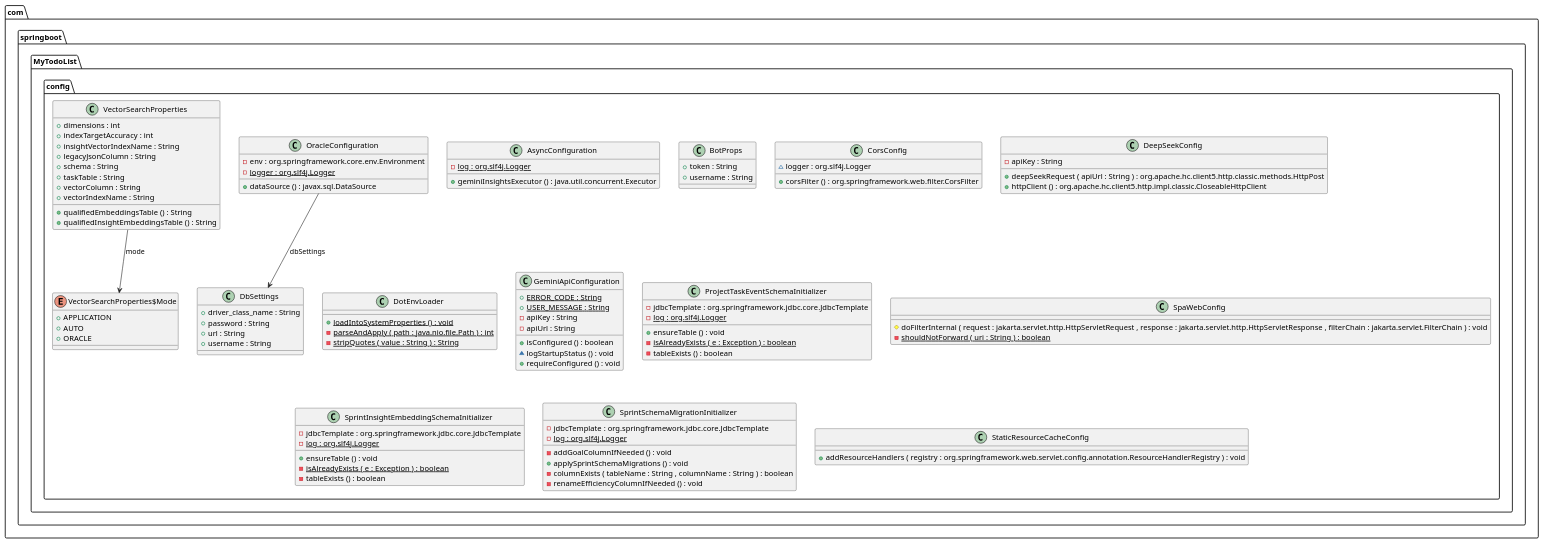
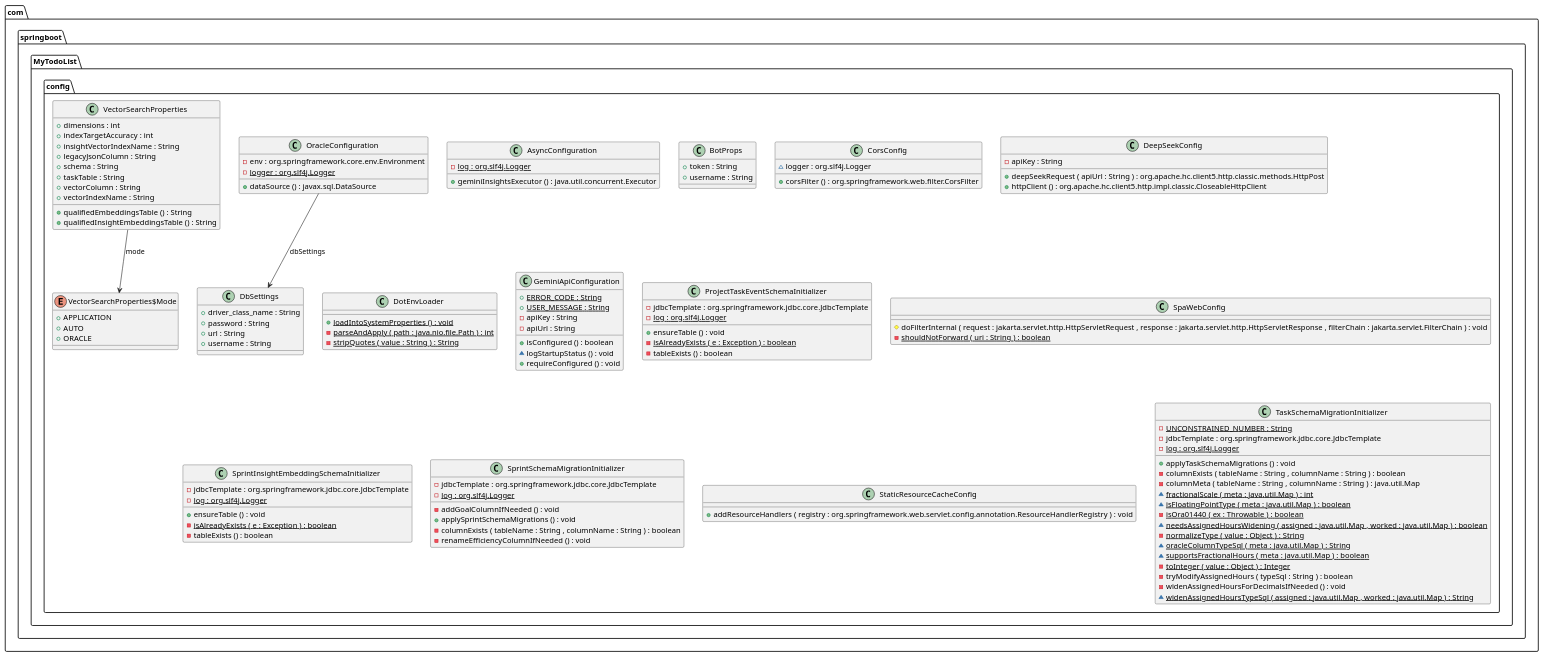
Before and after one commit to JimenaD-creator/oci_devops_project: the diagram in docs/diagrams/config.puml, drawn with PlantUML. The commit also changed 2 other files, not shown here.

Commit message:
docs: regenerate PlantUML diagrams

```diff
--- a/docs/diagrams/config.puml
+++ b/docs/diagrams/config.puml
@@ -1,127 +1,148 @@
 @startuml
 
 class com.springboot.MyTodoList.config.AsyncConfiguration {
 	{field} {static} -log : org.slf4j.Logger
 	{method} +geminiInsightsExecutor () : java.util.concurrent.Executor
 }
 
 
 class com.springboot.MyTodoList.config.BotProps {
 	{field} +token : String
 	{field} +username : String
 }
 
 
 class com.springboot.MyTodoList.config.CorsConfig {
 	{field} ~logger : org.slf4j.Logger
 	{method} +corsFilter () : org.springframework.web.filter.CorsFilter
 }
 
 
 class com.springboot.MyTodoList.config.DbSettings {
 	{field} +driver_class_name : String
 	{field} +password : String
 	{field} +url : String
 	{field} +username : String
 }
 
 
 class com.springboot.MyTodoList.config.DeepSeekConfig {
 	{field} -apiKey : String
 	{method} +deepSeekRequest ( apiUrl : String ) : org.apache.hc.client5.http.classic.methods.HttpPost
 	{method} +httpClient () : org.apache.hc.client5.http.impl.classic.CloseableHttpClient
 }
 
 
 class com.springboot.MyTodoList.config.DotEnvLoader {
 	{method}  {static} +loadIntoSystemProperties () : void
 	{method}  {static} -parseAndApply ( path : java.nio.file.Path ) : int
 	{method}  {static} -stripQuotes ( value : String ) : String
 }
 
 
 class com.springboot.MyTodoList.config.GeminiApiConfiguration {
 	{field} {static} +ERROR_CODE : String
 	{field} {static} +USER_MESSAGE : String
 	{field} -apiKey : String
 	{field} -apiUrl : String
 	{method} +isConfigured () : boolean
 	{method} ~logStartupStatus () : void
 	{method} +requireConfigured () : void
 }
 
 
 class com.springboot.MyTodoList.config.OracleConfiguration {
 	{field} -env : org.springframework.core.env.Environment
 	{field} {static} -logger : org.slf4j.Logger
 	{method} +dataSource () : javax.sql.DataSource
 }
 
 
 class com.springboot.MyTodoList.config.ProjectTaskEventSchemaInitializer {
 	{field} -jdbcTemplate : org.springframework.jdbc.core.JdbcTemplate
 	{field} {static} -log : org.slf4j.Logger
 	{method} +ensureTable () : void
 	{method}  {static} -isAlreadyExists ( e : Exception ) : boolean
 	{method} -tableExists () : boolean
 }
 
 
 class com.springboot.MyTodoList.config.SpaWebConfig {
 	{method} #doFilterInternal ( request : jakarta.servlet.http.HttpServletRequest , response : jakarta.servlet.http.HttpServletResponse , filterChain : jakarta.servlet.FilterChain ) : void
 	{method}  {static} -shouldNotForward ( uri : String ) : boolean
 }
 
 
 class com.springboot.MyTodoList.config.SprintInsightEmbeddingSchemaInitializer {
 	{field} -jdbcTemplate : org.springframework.jdbc.core.JdbcTemplate
 	{field} {static} -log : org.slf4j.Logger
 	{method} +ensureTable () : void
 	{method}  {static} -isAlreadyExists ( e : Exception ) : boolean
 	{method} -tableExists () : boolean
 }
 
 
 class com.springboot.MyTodoList.config.SprintSchemaMigrationInitializer {
 	{field} -jdbcTemplate : org.springframework.jdbc.core.JdbcTemplate
 	{field} {static} -log : org.slf4j.Logger
 	{method} -addGoalColumnIfNeeded () : void
 	{method} +applySprintSchemaMigrations () : void
 	{method} -columnExists ( tableName : String , columnName : String ) : boolean
 	{method} -renameEfficiencyColumnIfNeeded () : void
 }
 
 
 class com.springboot.MyTodoList.config.StaticResourceCacheConfig {
 	{method} +addResourceHandlers ( registry : org.springframework.web.servlet.config.annotation.ResourceHandlerRegistry ) : void
 }
 
 
+class com.springboot.MyTodoList.config.TaskSchemaMigrationInitializer {
+	{field} {static} -UNCONSTRAINED_NUMBER : String
+	{field} -jdbcTemplate : org.springframework.jdbc.core.JdbcTemplate
+	{field} {static} -log : org.slf4j.Logger
+	{method} +applyTaskSchemaMigrations () : void
+	{method} -columnExists ( tableName : String , columnName : String ) : boolean
+	{method} -columnMeta ( tableName : String , columnName : String ) : java.util.Map
+	{method}  {static} ~fractionalScale ( meta : java.util.Map ) : int
+	{method}  {static} ~isFloatingPointType ( meta : java.util.Map ) : boolean
+	{method}  {static} -isOra01440 ( ex : Throwable ) : boolean
+	{method}  {static} ~needsAssignedHoursWidening ( assigned : java.util.Map , worked : java.util.Map ) : boolean
+	{method}  {static} -normalizeType ( value : Object ) : String
+	{method}  {static} ~oracleColumnTypeSql ( meta : java.util.Map ) : String
+	{method}  {static} ~supportsFractionalHours ( meta : java.util.Map ) : boolean
+	{method}  {static} -toInteger ( value : Object ) : Integer
+	{method} -tryModifyAssignedHours ( typeSql : String ) : boolean
+	{method} -widenAssignedHoursForDecimalsIfNeeded () : void
+	{method}  {static} ~widenAssignedHoursTypeSql ( assigned : java.util.Map , worked : java.util.Map ) : String
+}
+
+
 class com.springboot.MyTodoList.config.VectorSearchProperties {
 	{field} +dimensions : int
 	{field} +indexTargetAccuracy : int
 	{field} +insightVectorIndexName : String
 	{field} +legacyJsonColumn : String
 	{field} +schema : String
 	{field} +taskTable : String
 	{field} +vectorColumn : String
 	{field} +vectorIndexName : String
 	{method} +qualifiedEmbeddingsTable () : String
 	{method} +qualifiedInsightEmbeddingsTable () : String
 }
 
 
 enum com.springboot.MyTodoList.config.VectorSearchProperties$Mode {
 	{field} +APPLICATION
 	{field} +AUTO
 	{field} +ORACLE
 }
 
 
 
 
 com.springboot.MyTodoList.config.OracleConfiguration -->  com.springboot.MyTodoList.config.DbSettings : dbSettings
 com.springboot.MyTodoList.config.VectorSearchProperties -->  com.springboot.MyTodoList.config.VectorSearchProperties$Mode : mode
 
 
 @enduml
```
